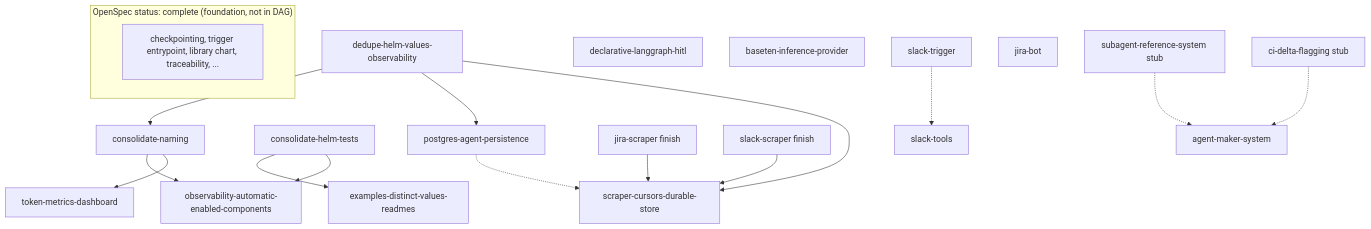
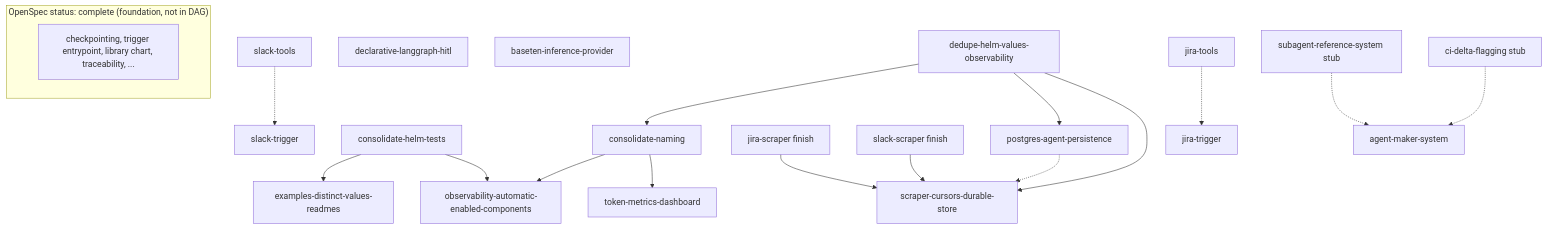
One commit to jfeldstein/declarative-agent-library-chart changed the diagram in docs/openspec-implementation-order.md. Above: the diagram before and after it, drawn with Mermaid. The commit also changed other lines of this file and 14 other files, not shown here.

First line of the commit message:
docs(openspec): split Jira into jira-tools and jira-trigger

````diff
--- a/docs/openspec-implementation-order.md
+++ b/docs/openspec-implementation-order.md
@@ -20,39 +20,41 @@
 ```mermaid
 flowchart TB
   subgraph foundation["OpenSpec status: complete (foundation, not in DAG)"]
     F1[checkpointing, trigger entrypoint, library chart, traceability, ...]
   end
 
   DED[dedupe-helm-values-observability]
   NAM[consolidate-naming]
   HT[consolidate-helm-tests]
   EX[examples-distinct-values-readmes]
   O11Y[observability-automatic-enabled-components]
   PG[postgres-agent-persistence]
   CURS[scraper-cursors-durable-store]
   JSCR[jira-scraper finish]
   SSCR[slack-scraper finish]
   TOK[token-metrics-dashboard]
   HITL[declarative-langgraph-hitl]
   BASE[baseten-inference-provider]
   STR[slack-trigger]
   STO[slack-tools]
-  JBOT[jira-bot]
+  JTL[jira-tools]
+  JTR[jira-trigger]
   AMK[agent-maker-system]
   SUB[subagent-reference-system stub]
   CDF[ci-delta-flagging stub]
 
   DED --> NAM
   DED --> PG
   DED --> CURS
   NAM --> O11Y
   NAM --> TOK
   HT --> EX
   HT --> O11Y
   JSCR --> CURS
   SSCR --> CURS
   PG -.-> CURS
-  STR -.-> STO
+  STO -.-> STR
+  JTL -.-> JTR
   SUB -.-> AMK
   CDF -.-> AMK
 ```
````
